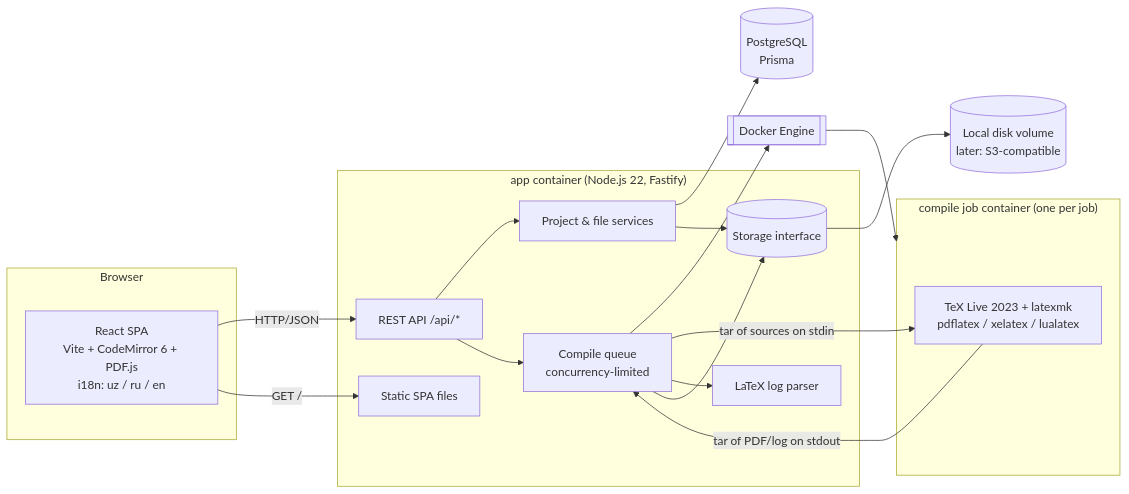
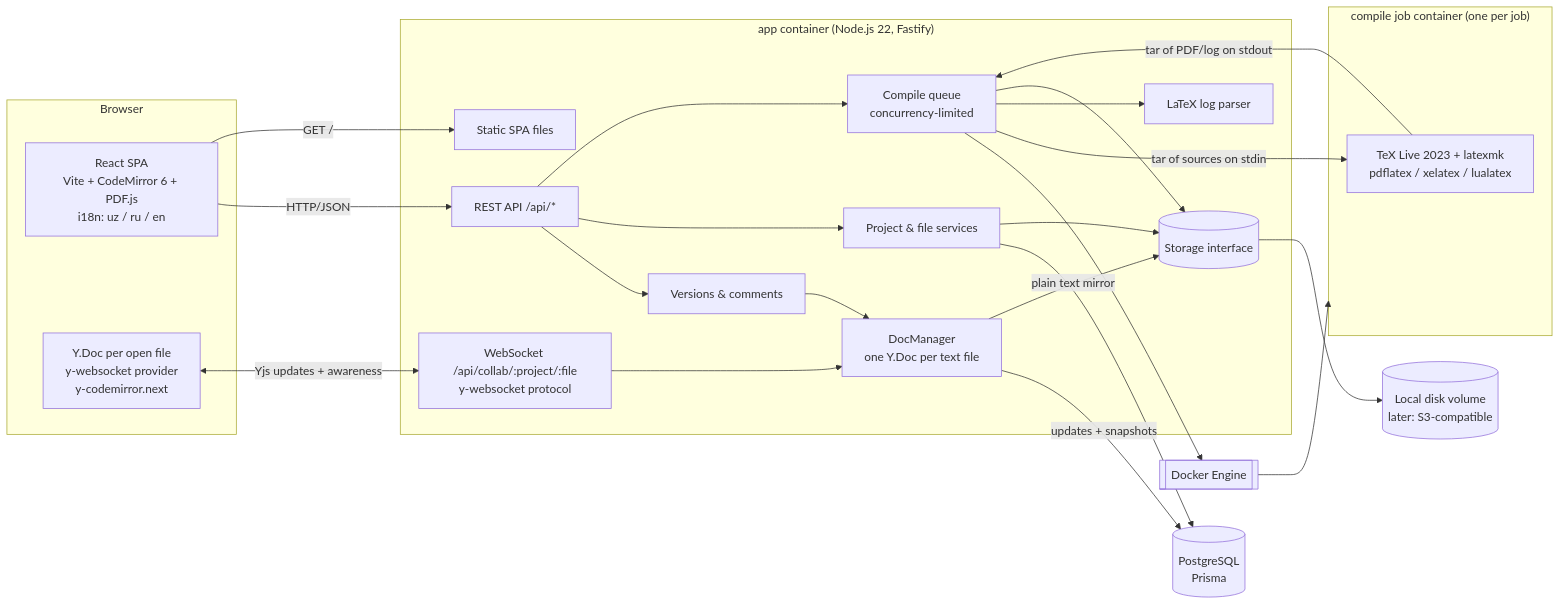
The first of 4 diagrams in PLAN.md (toshpolatovbehruz749-blip/Oversells), drawn with Mermaid before and after one commit. The commit also changed other lines of this file and 2 other files, not shown here.

First line of the commit message:
Document Phase 3: collaboration, comments, history (PLAN, README, .env.example)

````diff
--- a/PLAN.md
+++ b/PLAN.md
@@ -14,33 +14,42 @@
 ```mermaid
 flowchart LR
   subgraph Browser
     UI[React SPA<br/>Vite + CodeMirror 6 + PDF.js<br/>i18n: uz / ru / en]
+    YC[Y.Doc per open file<br/>y-websocket provider<br/>y-codemirror.next]
   end
 
   subgraph App["app container (Node.js 22, Fastify)"]
     API[REST API /api/*]
+    WS[WebSocket /api/collab/:project/:file<br/>y-websocket protocol]
+    DM[DocManager<br/>one Y.Doc per text file]
+    VS[Versions & comments]
     STATIC[Static SPA files]
     PS[Project & file services]
     CQ[Compile queue<br/>concurrency-limited]
     LP[LaTeX log parser]
     ST[(Storage interface)]
   end
 
   DB[(PostgreSQL<br/>Prisma)]
   DISK[(Local disk volume<br/>later: S3-compatible)]
   DOCKER[[Docker Engine]]
 
   subgraph Job["compile job container (one per job)"]
     TL[TeX Live 2023 + latexmk<br/>pdflatex / xelatex / lualatex]
   end
 
   UI -- HTTP/JSON --> API
   UI -- GET / --> STATIC
+  YC <-- Yjs updates + awareness --> WS
+  WS --> DM
+  DM -- updates + snapshots --> DB
+  DM -- plain text mirror --> ST
+  API --> VS --> DM
   API --> PS --> DB
   PS --> ST --> DISK
   API --> CQ --> DOCKER --> Job
   CQ -- tar of sources on stdin --> TL
   TL -- tar of PDF/log on stdout --> CQ
   CQ --> LP
   CQ --> ST
 ```
````
